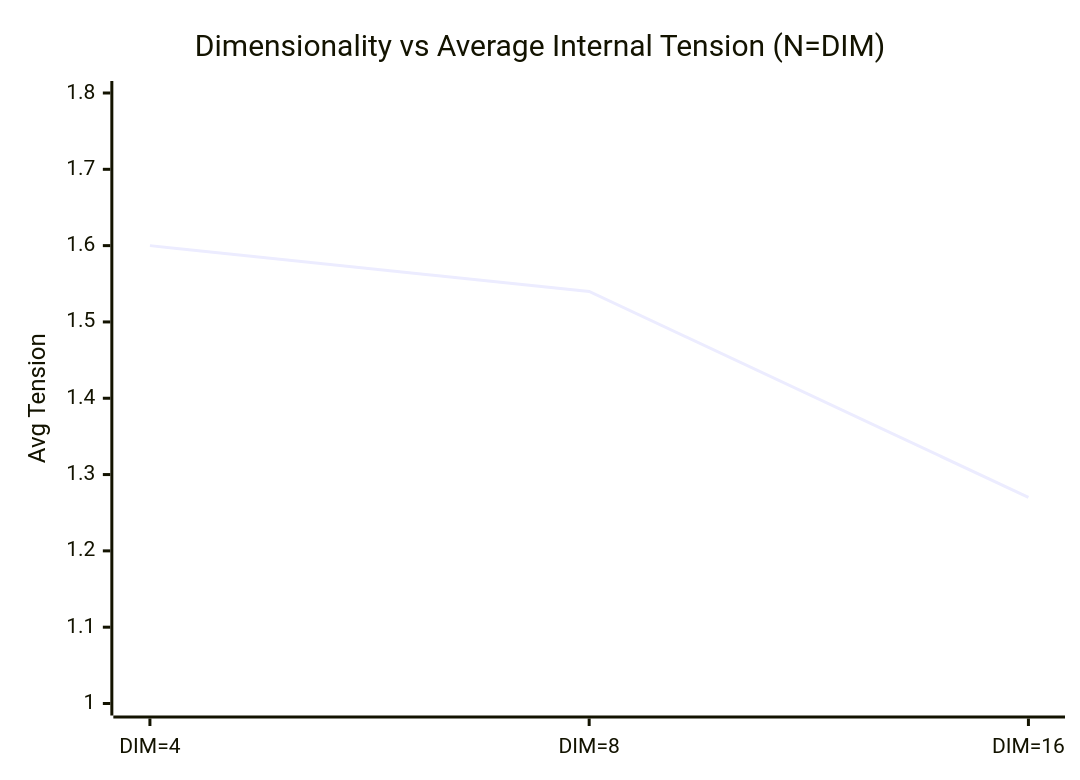
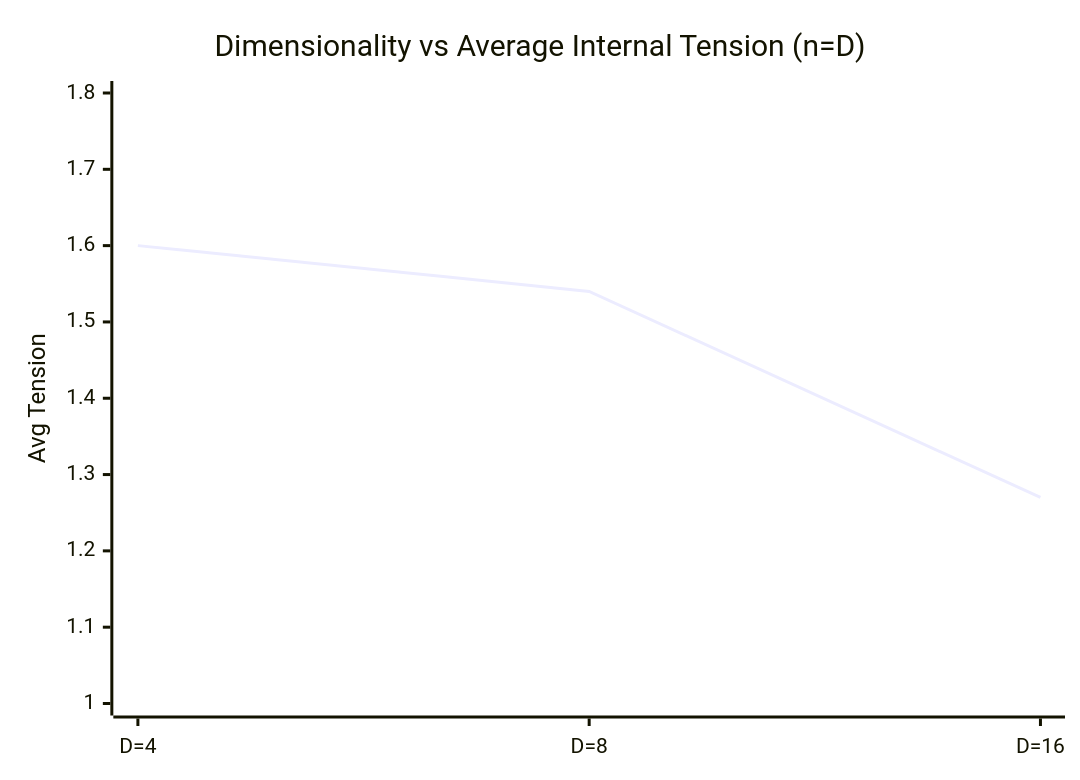
One commit to aikenkyu001/PKGF_Intelligence_Emergence changed the third of 3 diagrams in Docs/PKGF_Academic_Paper_en.md. Above: the diagram before and after it, drawn with Mermaid. The commit also changed other lines of this file and 1 other file, not shown here.

````diff
--- a/Docs/PKGF_Academic_Paper_en.md
+++ b/Docs/PKGF_Academic_Paper_en.md
@@ -130,7 +130,7 @@
 ```mermaid
 xychart-beta
-    title "Dimensionality vs Average Internal Tension (N=DIM)"
-    x-axis ["DIM=4", "DIM=8", "DIM=16"]
+    title "Dimensionality vs Average Internal Tension (n=D)"
+    x-axis ["D=4", "D=8", "D=16"]
     y-axis "Avg Tension" 1.0 --> 1.8
     line [1.60, 1.54, 1.27]
 ```
````
